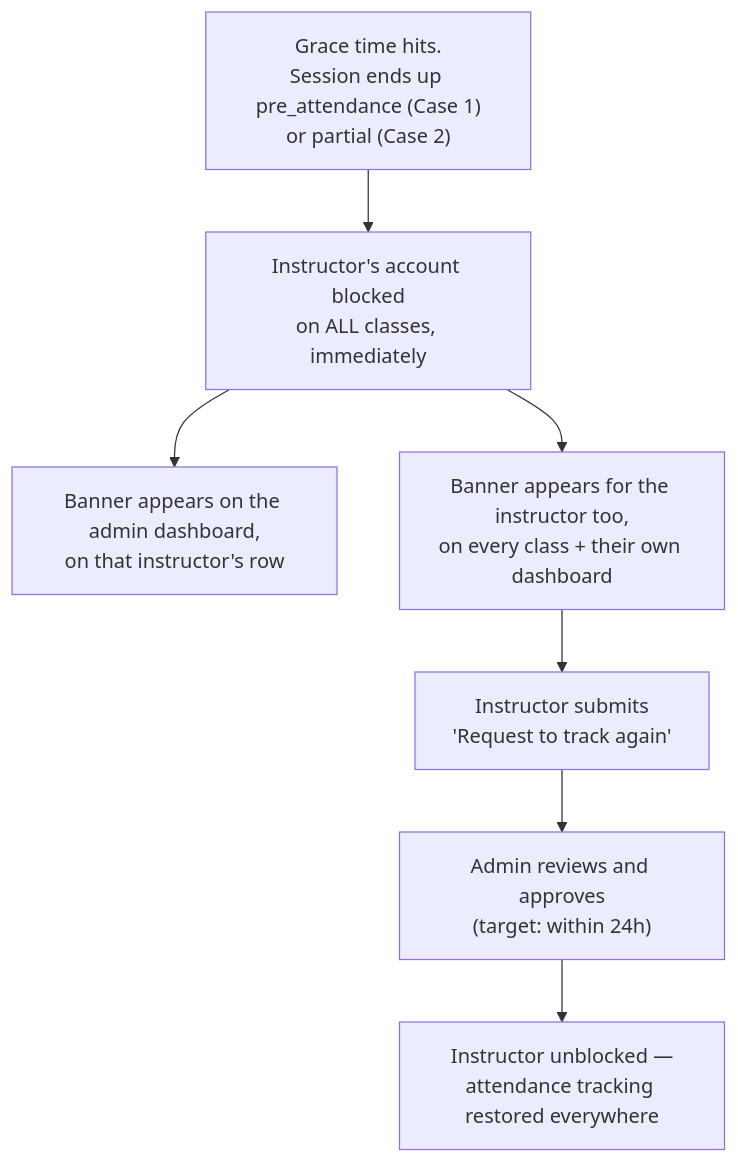
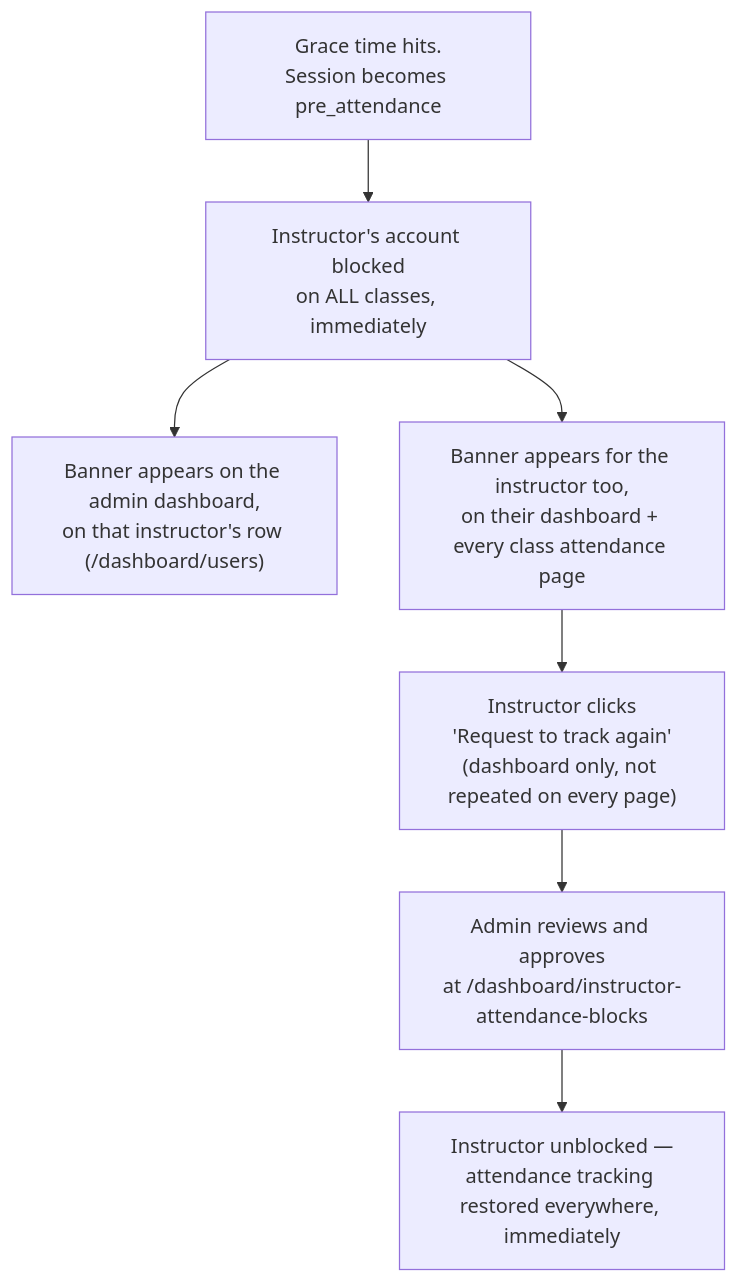
Before and after one commit to ETECTEAM/etec_system_v3: the diagram in docs/instructor-attendance-block-proposal.md, drawn with Mermaid. The commit also changed other lines of this file and 2 other files, not shown here.

Commit message:
feat: implement auto-fill for triggering session upon instructor attendance block approval

````diff
--- a/docs/instructor-attendance-block-proposal.md
+++ b/docs/instructor-attendance-block-proposal.md
@@ -54,9 +65,9 @@
 ```mermaid
 flowchart TD
-    A["Grace time hits.<br/>Session ends up pre_attendance (Case 1)<br/>or partial (Case 2)"] --> B["Instructor's account blocked<br/>on ALL classes, immediately"]
-    B --> C["Banner appears on the admin dashboard,<br/>on that instructor's row"]
-    B --> D["Banner appears for the instructor too,<br/>on every class + their own dashboard"]
-    D --> E["Instructor submits<br/>'Request to track again'"]
-    E --> F["Admin reviews and approves<br/>(target: within 24h)"]
-    F --> G["Instructor unblocked —<br/>attendance tracking restored everywhere"]
+    A["Grace time hits.<br/>Session becomes pre_attendance"] --> B["Instructor's account blocked<br/>on ALL classes, immediately"]
+    B --> C["Banner appears on the admin dashboard,<br/>on that instructor's row (/dashboard/users)"]
+    B --> D["Banner appears for the instructor too,<br/>on their dashboard + every class attendance page"]
+    D --> E["Instructor clicks<br/>'Request to track again'<br/>(dashboard only, not repeated on every page)"]
+    E --> F["Admin reviews and approves<br/>at /dashboard/instructor-attendance-blocks"]
+    F --> G["Instructor unblocked —<br/>attendance tracking restored everywhere, immediately"]
 ```
````
